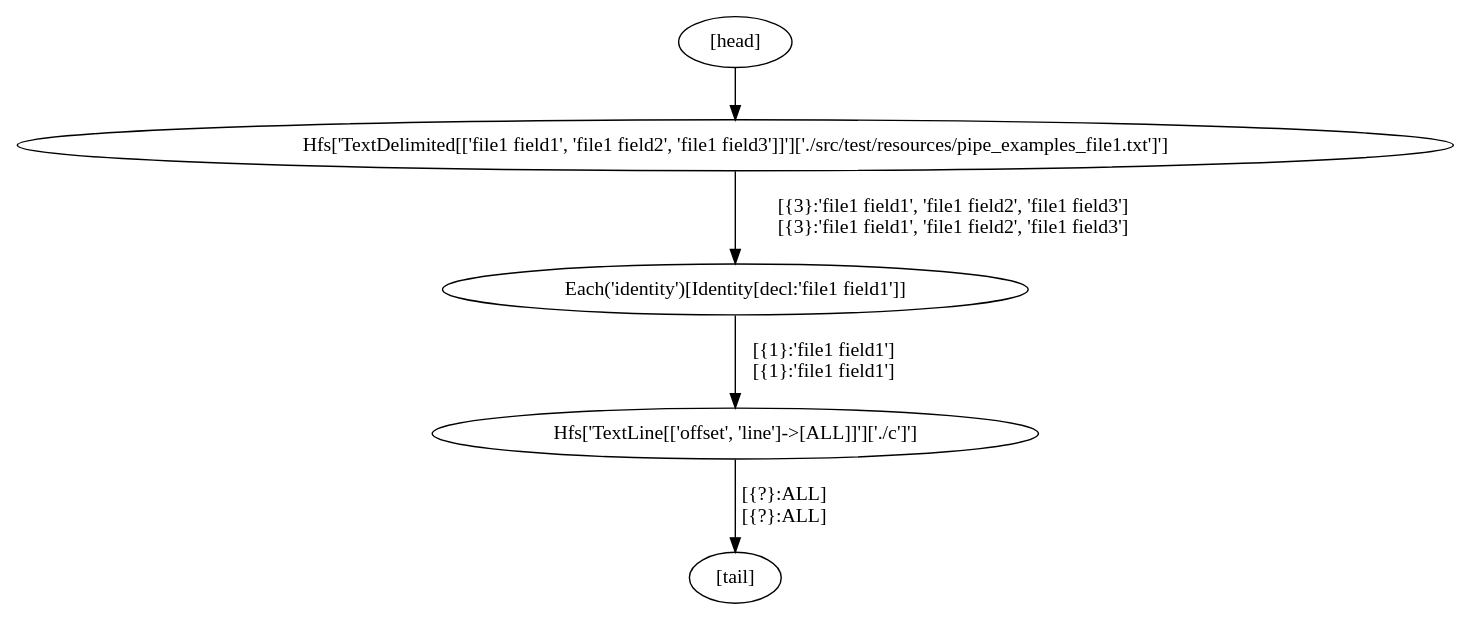
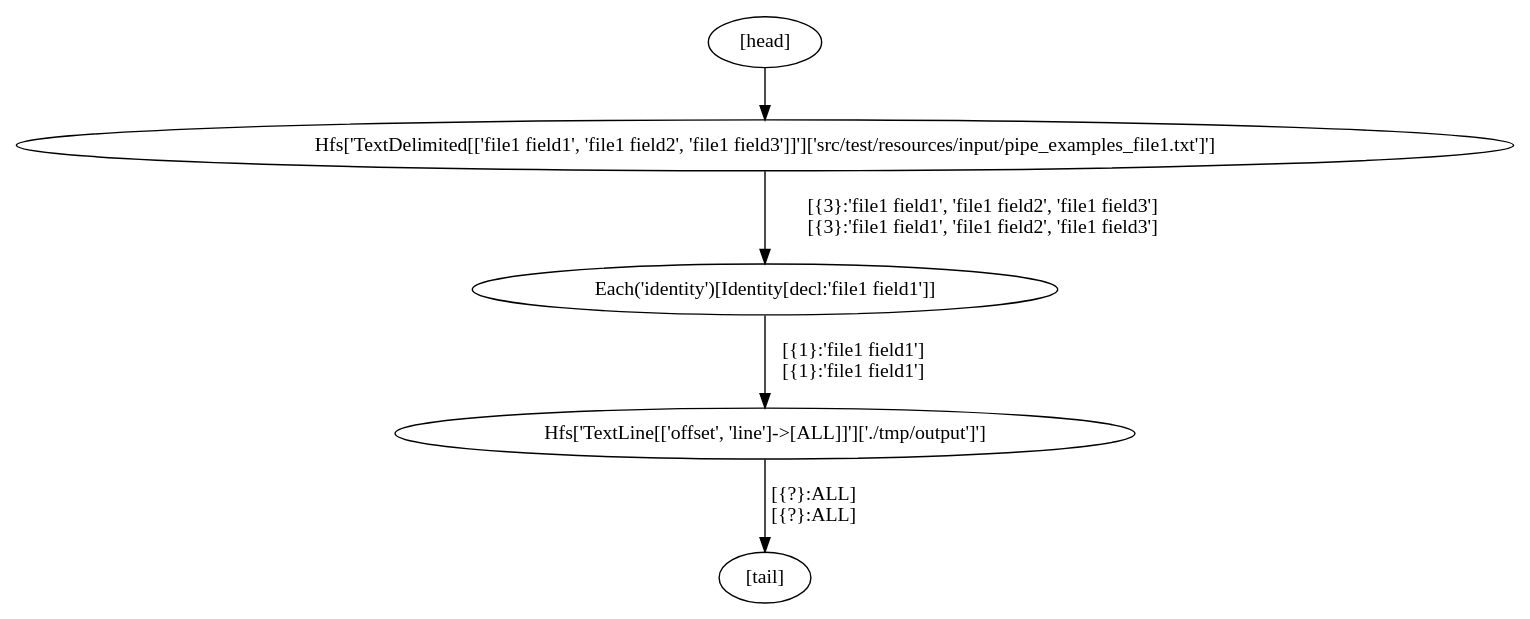
One commit to PlasticLizard/cascading.scala changed the diagram in pipeExamples.dot. Above: the diagram before and after it, drawn with Graphviz. The commit also changed 6 other files, not shown here.

Commit message:
Tests in ScalaTest and green (all one of them). Next up: Cascading 2.0

```diff
--- a/pipeExamples.dot
+++ b/pipeExamples.dot
@@ -1,11 +1,11 @@
 digraph G {
   1 [label = "Each('identity')[Identity[decl:'file1 field1']]"];
-  2 [label = "Hfs['TextLine[['offset', 'line']->[ALL]]']['./c']']"];
-  3 [label = "Hfs['TextDelimited[['file1 field1', 'file1 field2', 'file1 field3']]']['./src/test/resources/pipe_examples_file1.txt']']"];
+  2 [label = "Hfs['TextLine[['offset', 'line']->[ALL]]']['./tmp/output']']"];
+  3 [label = "Hfs['TextDelimited[['file1 field1', 'file1 field2', 'file1 field3']]']['src/test/resources/input/pipe_examples_file1.txt']']"];
   4 [label = "[head]"];
   5 [label = "[tail]"];
   1 -> 2 [label = "[{1}:'file1 field1']\n[{1}:'file1 field1']"];
   3 -> 1 [label = "[{3}:'file1 field1', 'file1 field2', 'file1 field3']\n[{3}:'file1 field1', 'file1 field2', 'file1 field3']"];
   4 -> 3 [label = ""];
   2 -> 5 [label = "[{?}:ALL]\n[{?}:ALL]"];
 }
```
